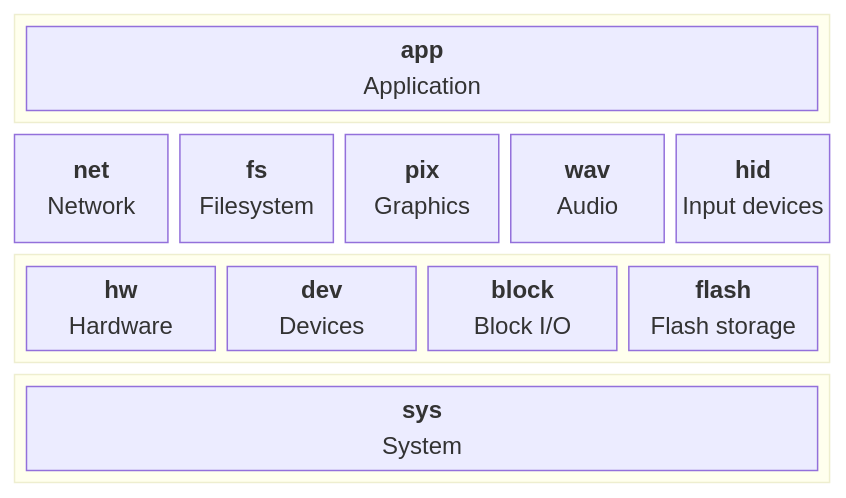
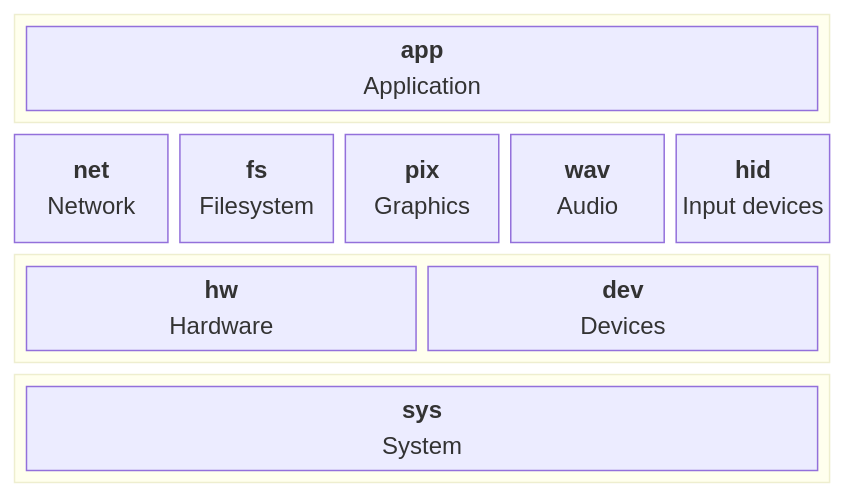
Before and after one commit to mutablelogic/picofuse: the diagram in README.md, drawn with Mermaid. The commit also changed other lines of this file and 26 other files, not shown here.

````diff
--- a/README.md
+++ b/README.md
@@ -12,24 +12,22 @@
 ```mermaid
 block-beta
   columns 5
 
   block:top:5
     columns 1
     app["<b>app</b><br/>Application"]
   end
 
   net["<b>net</b><br/>Network"] fs["<b>fs</b><br/>Filesystem"] pix["<b>pix</b><br/>Graphics"] wav["<b>wav</b><br/>Audio"] hid["<b>hid</b><br/>Input devices"]
 
   block:middle:5
     columns 4
     hw["<b>hw</b><br/>Hardware"]
     dev["<b>dev</b><br/>Devices"]
-    blockio["<b>block</b><br/>Block I/O"]
-    flash["<b>flash</b><br/>Flash storage"]
   end
 
   block:bottom:5
     columns 1
     sys["<b>sys</b><br/>System"]
   end
 ```
````
